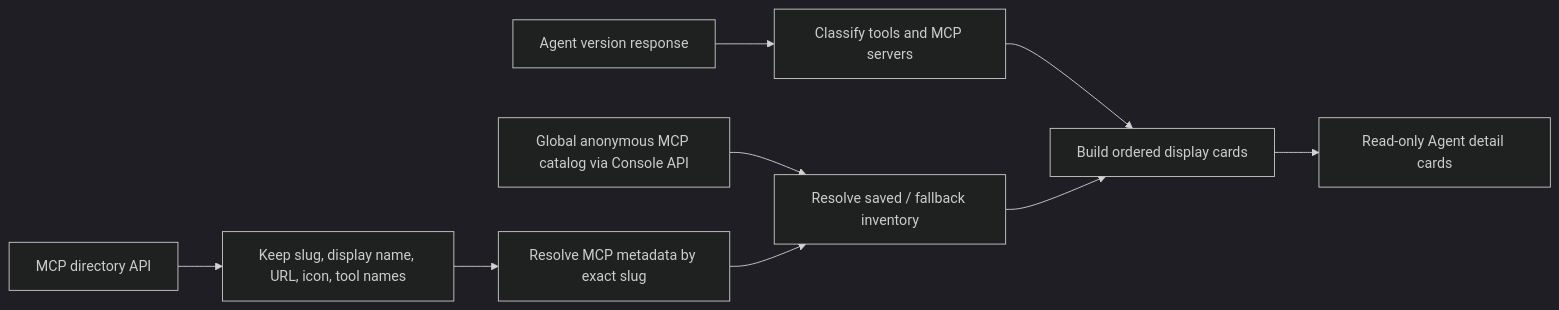
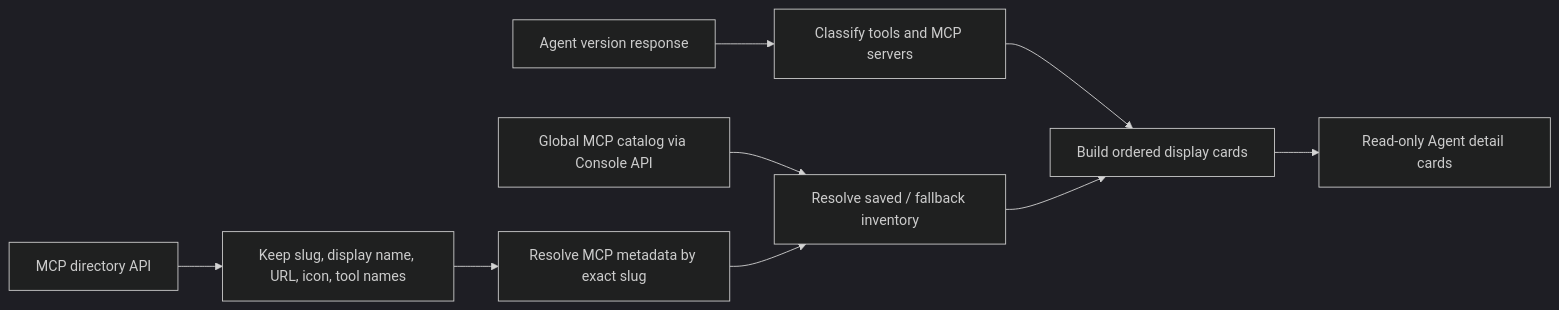
One commit to superduck-ai/open-managed-agents changed the diagram in docs/design/fe/agent-detail-mcp-tools.md. Above: the diagram before and after it, drawn with Mermaid (dark theme). The commit also changed other lines of this file and 197 other files, not shown here.

````diff
--- a/docs/design/fe/agent-detail-mcp-tools.md
+++ b/docs/design/fe/agent-detail-mcp-tools.md
@@ -21,11 +21,11 @@
 ```mermaid
 flowchart LR
   Agent["Agent version response"] --> Classify["Classify tools and MCP servers"]
   Directory["MCP directory API"] --> Normalize["Keep slug, display name, URL, icon, tool names"]
   Normalize --> Resolve["Resolve MCP metadata by exact slug"]
-  Catalog["Global anonymous MCP catalog via Console API"] --> Inventory["Resolve saved / fallback inventory"]
+  Catalog["Global MCP catalog via Console API"] --> Inventory["Resolve saved / fallback inventory"]
   Resolve --> Inventory
   Classify --> Cards["Build ordered display cards"]
   Inventory --> Cards
   Cards --> Detail["Read-only Agent detail cards"]
 ```
````
